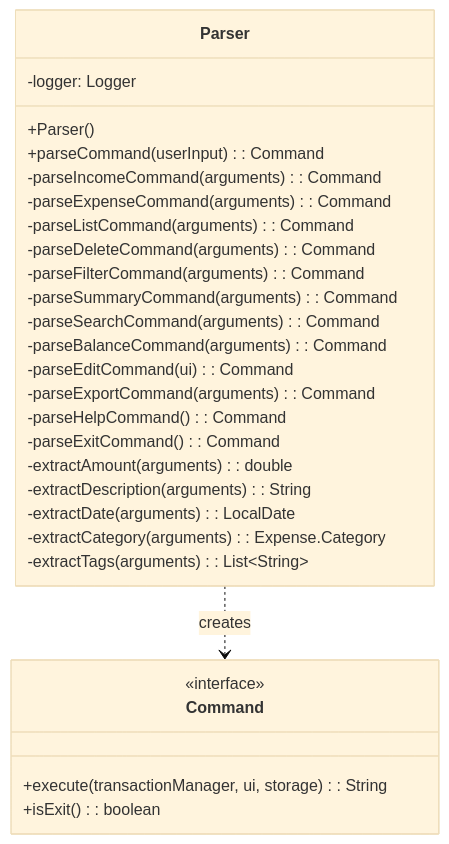
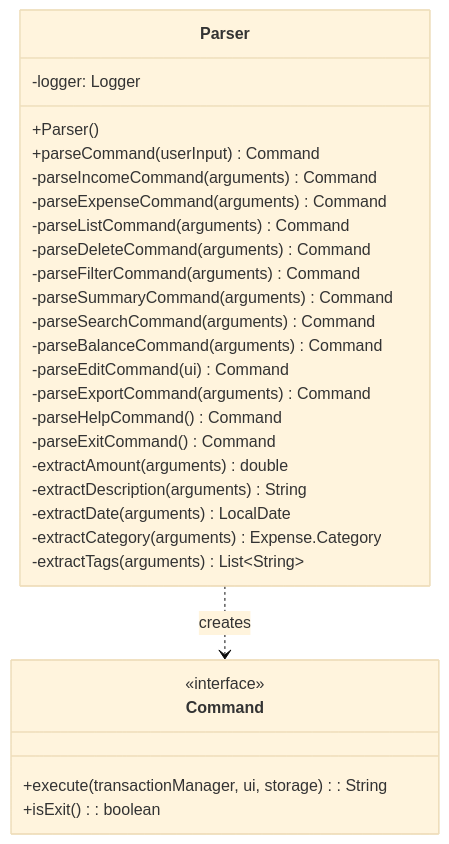
One commit to laitcanard05/tp changed the diagram in docs/diagrams/mermaid/class/parser-class.mermaid. Above: the diagram before and after it, drawn with Mermaid (base theme). The commit also changed 38 other files, not shown here.

```diff
--- a/docs/diagrams/mermaid/class/parser-class.mermaid
+++ b/docs/diagrams/mermaid/class/parser-class.mermaid
@@ -1,31 +1,31 @@
 classDiagram
     class Parser {
         -logger: Logger
         +Parser()
-        +parseCommand(userInput): Command
-        -parseIncomeCommand(arguments): Command
-        -parseExpenseCommand(arguments): Command
-        -parseListCommand(arguments): Command
-        -parseDeleteCommand(arguments): Command
-        -parseFilterCommand(arguments): Command
-        -parseSummaryCommand(arguments): Command
-        -parseSearchCommand(arguments): Command
-        -parseBalanceCommand(arguments): Command
-        -parseEditCommand(ui): Command
-        -parseExportCommand(arguments): Command
-        -parseHelpCommand(): Command
-        -parseExitCommand(): Command
-        -extractAmount(arguments): double
-        -extractDescription(arguments): String
-        -extractDate(arguments): LocalDate
-        -extractCategory(arguments): Expense.Category
-        -extractTags(arguments): List~String~
+        +parseCommand(userInput) Command
+        -parseIncomeCommand(arguments) Command
+        -parseExpenseCommand(arguments) Command
+        -parseListCommand(arguments) Command
+        -parseDeleteCommand(arguments) Command
+        -parseFilterCommand(arguments) Command
+        -parseSummaryCommand(arguments) Command
+        -parseSearchCommand(arguments) Command
+        -parseBalanceCommand(arguments) Command
+        -parseEditCommand(ui) Command
+        -parseExportCommand(arguments) Command
+        -parseHelpCommand() Command
+        -parseExitCommand() Command
+        -extractAmount(arguments) double
+        -extractDescription(arguments) String
+        -extractDate(arguments) LocalDate
+        -extractCategory(arguments) Expense.Category
+        -extractTags(arguments) List~String~
     }
 
     class Command {
         <<interface>>
         +execute(transactionManager, ui, storage): String
         +isExit(): boolean
     }
 
     Parser ..> Command : creates
```
